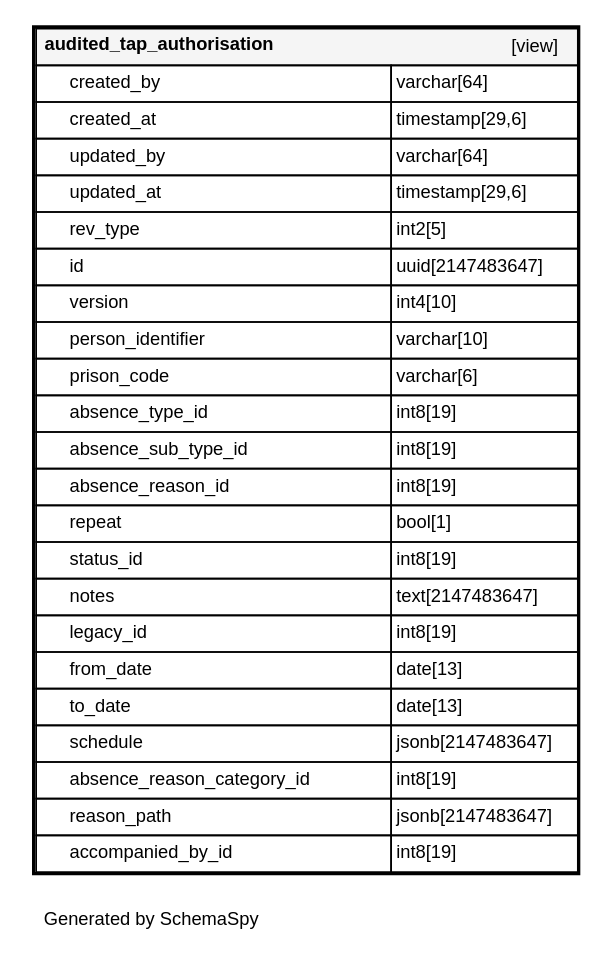
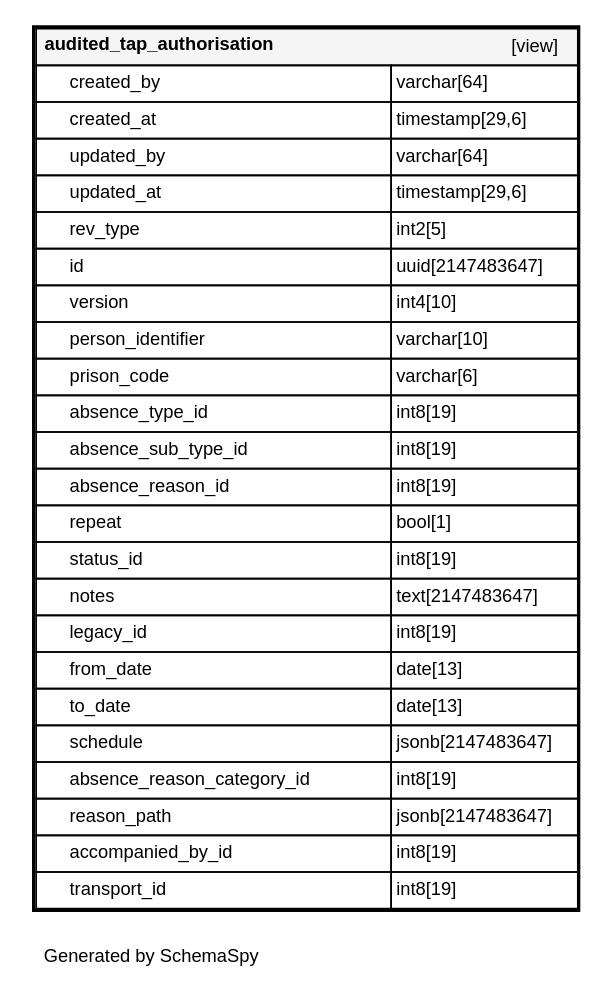
One commit to ministryofjustice/hmpps-external-movements-api changed the diagram in schema-spy-report/diagrams/tables/audited_tap_authorisation.1degree.dot. Above: the diagram before and after it, drawn with Graphviz. The commit also changed 18 other files, not shown here.

```diff
--- a/schema-spy-report/diagrams/tables/audited_tap_authorisation.1degree.dot
+++ b/schema-spy-report/diagrams/tables/audited_tap_authorisation.1degree.dot
@@ -1,34 +1,35 @@
 digraph "oneDegreeRelationshipsDiagram" {
   graph [    rankdir="RL"    bgcolor="#ffffff"    label="\nGenerated by SchemaSpy"    labeljust="l"    nodesep="0.18"    ranksep="0.46"    fontname="Helvetica"    fontsize="11"    ration="compress"  ];  node [    fontname="Helvetica"    fontsize="11"    shape="plaintext"  ];  edge [    arrowsize="0.8"  ];
   "audited_tap_authorisation" [
    label=<
     <TABLE BORDER="2" CELLBORDER="1" CELLSPACING="0" BGCOLOR="#ffffff">
       <TR><TD COLSPAN="4"  BGCOLOR="#f5f5f5"><TABLE BORDER="0" CELLSPACING="0"><TR><TD ALIGN="LEFT" FIXEDSIZE="TRUE" WIDTH="177" HEIGHT="16"><B>audited_tap_authorisation</B></TD><TD ALIGN="RIGHT">[view]</TD></TR></TABLE></TD></TR>
       <TR><TD PORT="created_by" COLSPAN="2" ALIGN="LEFT"><TABLE BORDER="0" CELLSPACING="0" ALIGN="LEFT"><TR ALIGN="LEFT"><TD ALIGN="LEFT" FIXEDSIZE="TRUE" WIDTH="15" HEIGHT="16"></TD><TD ALIGN="LEFT" FIXEDSIZE="TRUE" WIDTH="192" HEIGHT="16">created_by</TD></TR></TABLE></TD><TD PORT="created_by.type" ALIGN="LEFT">varchar[64]</TD></TR>
       <TR><TD PORT="created_at" COLSPAN="2" ALIGN="LEFT"><TABLE BORDER="0" CELLSPACING="0" ALIGN="LEFT"><TR ALIGN="LEFT"><TD ALIGN="LEFT" FIXEDSIZE="TRUE" WIDTH="15" HEIGHT="16"></TD><TD ALIGN="LEFT" FIXEDSIZE="TRUE" WIDTH="192" HEIGHT="16">created_at</TD></TR></TABLE></TD><TD PORT="created_at.type" ALIGN="LEFT">timestamp[29,6]</TD></TR>
       <TR><TD PORT="updated_by" COLSPAN="2" ALIGN="LEFT"><TABLE BORDER="0" CELLSPACING="0" ALIGN="LEFT"><TR ALIGN="LEFT"><TD ALIGN="LEFT" FIXEDSIZE="TRUE" WIDTH="15" HEIGHT="16"></TD><TD ALIGN="LEFT" FIXEDSIZE="TRUE" WIDTH="192" HEIGHT="16">updated_by</TD></TR></TABLE></TD><TD PORT="updated_by.type" ALIGN="LEFT">varchar[64]</TD></TR>
       <TR><TD PORT="updated_at" COLSPAN="2" ALIGN="LEFT"><TABLE BORDER="0" CELLSPACING="0" ALIGN="LEFT"><TR ALIGN="LEFT"><TD ALIGN="LEFT" FIXEDSIZE="TRUE" WIDTH="15" HEIGHT="16"></TD><TD ALIGN="LEFT" FIXEDSIZE="TRUE" WIDTH="192" HEIGHT="16">updated_at</TD></TR></TABLE></TD><TD PORT="updated_at.type" ALIGN="LEFT">timestamp[29,6]</TD></TR>
       <TR><TD PORT="rev_type" COLSPAN="2" ALIGN="LEFT"><TABLE BORDER="0" CELLSPACING="0" ALIGN="LEFT"><TR ALIGN="LEFT"><TD ALIGN="LEFT" FIXEDSIZE="TRUE" WIDTH="15" HEIGHT="16"></TD><TD ALIGN="LEFT" FIXEDSIZE="TRUE" WIDTH="192" HEIGHT="16">rev_type</TD></TR></TABLE></TD><TD PORT="rev_type.type" ALIGN="LEFT">int2[5]</TD></TR>
       <TR><TD PORT="id" COLSPAN="2" ALIGN="LEFT"><TABLE BORDER="0" CELLSPACING="0" ALIGN="LEFT"><TR ALIGN="LEFT"><TD ALIGN="LEFT" FIXEDSIZE="TRUE" WIDTH="15" HEIGHT="16"></TD><TD ALIGN="LEFT" FIXEDSIZE="TRUE" WIDTH="192" HEIGHT="16">id</TD></TR></TABLE></TD><TD PORT="id.type" ALIGN="LEFT">uuid[2147483647]</TD></TR>
       <TR><TD PORT="version" COLSPAN="2" ALIGN="LEFT"><TABLE BORDER="0" CELLSPACING="0" ALIGN="LEFT"><TR ALIGN="LEFT"><TD ALIGN="LEFT" FIXEDSIZE="TRUE" WIDTH="15" HEIGHT="16"></TD><TD ALIGN="LEFT" FIXEDSIZE="TRUE" WIDTH="192" HEIGHT="16">version</TD></TR></TABLE></TD><TD PORT="version.type" ALIGN="LEFT">int4[10]</TD></TR>
       <TR><TD PORT="person_identifier" COLSPAN="2" ALIGN="LEFT"><TABLE BORDER="0" CELLSPACING="0" ALIGN="LEFT"><TR ALIGN="LEFT"><TD ALIGN="LEFT" FIXEDSIZE="TRUE" WIDTH="15" HEIGHT="16"></TD><TD ALIGN="LEFT" FIXEDSIZE="TRUE" WIDTH="192" HEIGHT="16">person_identifier</TD></TR></TABLE></TD><TD PORT="person_identifier.type" ALIGN="LEFT">varchar[10]</TD></TR>
       <TR><TD PORT="prison_code" COLSPAN="2" ALIGN="LEFT"><TABLE BORDER="0" CELLSPACING="0" ALIGN="LEFT"><TR ALIGN="LEFT"><TD ALIGN="LEFT" FIXEDSIZE="TRUE" WIDTH="15" HEIGHT="16"></TD><TD ALIGN="LEFT" FIXEDSIZE="TRUE" WIDTH="192" HEIGHT="16">prison_code</TD></TR></TABLE></TD><TD PORT="prison_code.type" ALIGN="LEFT">varchar[6]</TD></TR>
       <TR><TD PORT="absence_type_id" COLSPAN="2" ALIGN="LEFT"><TABLE BORDER="0" CELLSPACING="0" ALIGN="LEFT"><TR ALIGN="LEFT"><TD ALIGN="LEFT" FIXEDSIZE="TRUE" WIDTH="15" HEIGHT="16"></TD><TD ALIGN="LEFT" FIXEDSIZE="TRUE" WIDTH="192" HEIGHT="16">absence_type_id</TD></TR></TABLE></TD><TD PORT="absence_type_id.type" ALIGN="LEFT">int8[19]</TD></TR>
       <TR><TD PORT="absence_sub_type_id" COLSPAN="2" ALIGN="LEFT"><TABLE BORDER="0" CELLSPACING="0" ALIGN="LEFT"><TR ALIGN="LEFT"><TD ALIGN="LEFT" FIXEDSIZE="TRUE" WIDTH="15" HEIGHT="16"></TD><TD ALIGN="LEFT" FIXEDSIZE="TRUE" WIDTH="192" HEIGHT="16">absence_sub_type_id</TD></TR></TABLE></TD><TD PORT="absence_sub_type_id.type" ALIGN="LEFT">int8[19]</TD></TR>
       <TR><TD PORT="absence_reason_id" COLSPAN="2" ALIGN="LEFT"><TABLE BORDER="0" CELLSPACING="0" ALIGN="LEFT"><TR ALIGN="LEFT"><TD ALIGN="LEFT" FIXEDSIZE="TRUE" WIDTH="15" HEIGHT="16"></TD><TD ALIGN="LEFT" FIXEDSIZE="TRUE" WIDTH="192" HEIGHT="16">absence_reason_id</TD></TR></TABLE></TD><TD PORT="absence_reason_id.type" ALIGN="LEFT">int8[19]</TD></TR>
       <TR><TD PORT="repeat" COLSPAN="2" ALIGN="LEFT"><TABLE BORDER="0" CELLSPACING="0" ALIGN="LEFT"><TR ALIGN="LEFT"><TD ALIGN="LEFT" FIXEDSIZE="TRUE" WIDTH="15" HEIGHT="16"></TD><TD ALIGN="LEFT" FIXEDSIZE="TRUE" WIDTH="192" HEIGHT="16">repeat</TD></TR></TABLE></TD><TD PORT="repeat.type" ALIGN="LEFT">bool[1]</TD></TR>
       <TR><TD PORT="status_id" COLSPAN="2" ALIGN="LEFT"><TABLE BORDER="0" CELLSPACING="0" ALIGN="LEFT"><TR ALIGN="LEFT"><TD ALIGN="LEFT" FIXEDSIZE="TRUE" WIDTH="15" HEIGHT="16"></TD><TD ALIGN="LEFT" FIXEDSIZE="TRUE" WIDTH="192" HEIGHT="16">status_id</TD></TR></TABLE></TD><TD PORT="status_id.type" ALIGN="LEFT">int8[19]</TD></TR>
       <TR><TD PORT="notes" COLSPAN="2" ALIGN="LEFT"><TABLE BORDER="0" CELLSPACING="0" ALIGN="LEFT"><TR ALIGN="LEFT"><TD ALIGN="LEFT" FIXEDSIZE="TRUE" WIDTH="15" HEIGHT="16"></TD><TD ALIGN="LEFT" FIXEDSIZE="TRUE" WIDTH="192" HEIGHT="16">notes</TD></TR></TABLE></TD><TD PORT="notes.type" ALIGN="LEFT">text[2147483647]</TD></TR>
       <TR><TD PORT="legacy_id" COLSPAN="2" ALIGN="LEFT"><TABLE BORDER="0" CELLSPACING="0" ALIGN="LEFT"><TR ALIGN="LEFT"><TD ALIGN="LEFT" FIXEDSIZE="TRUE" WIDTH="15" HEIGHT="16"></TD><TD ALIGN="LEFT" FIXEDSIZE="TRUE" WIDTH="192" HEIGHT="16">legacy_id</TD></TR></TABLE></TD><TD PORT="legacy_id.type" ALIGN="LEFT">int8[19]</TD></TR>
       <TR><TD PORT="from_date" COLSPAN="2" ALIGN="LEFT"><TABLE BORDER="0" CELLSPACING="0" ALIGN="LEFT"><TR ALIGN="LEFT"><TD ALIGN="LEFT" FIXEDSIZE="TRUE" WIDTH="15" HEIGHT="16"></TD><TD ALIGN="LEFT" FIXEDSIZE="TRUE" WIDTH="192" HEIGHT="16">from_date</TD></TR></TABLE></TD><TD PORT="from_date.type" ALIGN="LEFT">date[13]</TD></TR>
       <TR><TD PORT="to_date" COLSPAN="2" ALIGN="LEFT"><TABLE BORDER="0" CELLSPACING="0" ALIGN="LEFT"><TR ALIGN="LEFT"><TD ALIGN="LEFT" FIXEDSIZE="TRUE" WIDTH="15" HEIGHT="16"></TD><TD ALIGN="LEFT" FIXEDSIZE="TRUE" WIDTH="192" HEIGHT="16">to_date</TD></TR></TABLE></TD><TD PORT="to_date.type" ALIGN="LEFT">date[13]</TD></TR>
       <TR><TD PORT="schedule" COLSPAN="2" ALIGN="LEFT"><TABLE BORDER="0" CELLSPACING="0" ALIGN="LEFT"><TR ALIGN="LEFT"><TD ALIGN="LEFT" FIXEDSIZE="TRUE" WIDTH="15" HEIGHT="16"></TD><TD ALIGN="LEFT" FIXEDSIZE="TRUE" WIDTH="192" HEIGHT="16">schedule</TD></TR></TABLE></TD><TD PORT="schedule.type" ALIGN="LEFT">jsonb[2147483647]</TD></TR>
       <TR><TD PORT="absence_reason_category_id" COLSPAN="2" ALIGN="LEFT"><TABLE BORDER="0" CELLSPACING="0" ALIGN="LEFT"><TR ALIGN="LEFT"><TD ALIGN="LEFT" FIXEDSIZE="TRUE" WIDTH="15" HEIGHT="16"></TD><TD ALIGN="LEFT" FIXEDSIZE="TRUE" WIDTH="192" HEIGHT="16">absence_reason_category_id</TD></TR></TABLE></TD><TD PORT="absence_reason_category_id.type" ALIGN="LEFT">int8[19]</TD></TR>
       <TR><TD PORT="reason_path" COLSPAN="2" ALIGN="LEFT"><TABLE BORDER="0" CELLSPACING="0" ALIGN="LEFT"><TR ALIGN="LEFT"><TD ALIGN="LEFT" FIXEDSIZE="TRUE" WIDTH="15" HEIGHT="16"></TD><TD ALIGN="LEFT" FIXEDSIZE="TRUE" WIDTH="192" HEIGHT="16">reason_path</TD></TR></TABLE></TD><TD PORT="reason_path.type" ALIGN="LEFT">jsonb[2147483647]</TD></TR>
       <TR><TD PORT="accompanied_by_id" COLSPAN="2" ALIGN="LEFT"><TABLE BORDER="0" CELLSPACING="0" ALIGN="LEFT"><TR ALIGN="LEFT"><TD ALIGN="LEFT" FIXEDSIZE="TRUE" WIDTH="15" HEIGHT="16"></TD><TD ALIGN="LEFT" FIXEDSIZE="TRUE" WIDTH="192" HEIGHT="16">accompanied_by_id</TD></TR></TABLE></TD><TD PORT="accompanied_by_id.type" ALIGN="LEFT">int8[19]</TD></TR>
+      <TR><TD PORT="transport_id" COLSPAN="2" ALIGN="LEFT"><TABLE BORDER="0" CELLSPACING="0" ALIGN="LEFT"><TR ALIGN="LEFT"><TD ALIGN="LEFT" FIXEDSIZE="TRUE" WIDTH="15" HEIGHT="16"></TD><TD ALIGN="LEFT" FIXEDSIZE="TRUE" WIDTH="192" HEIGHT="16">transport_id</TD></TR></TABLE></TD><TD PORT="transport_id.type" ALIGN="LEFT">int8[19]</TD></TR>
     </TABLE>>
     URL="../../tables/audited_tap_authorisation.html"
     target="_top"
     tooltip="audited_tap_authorisation"
   ];
 }
```
